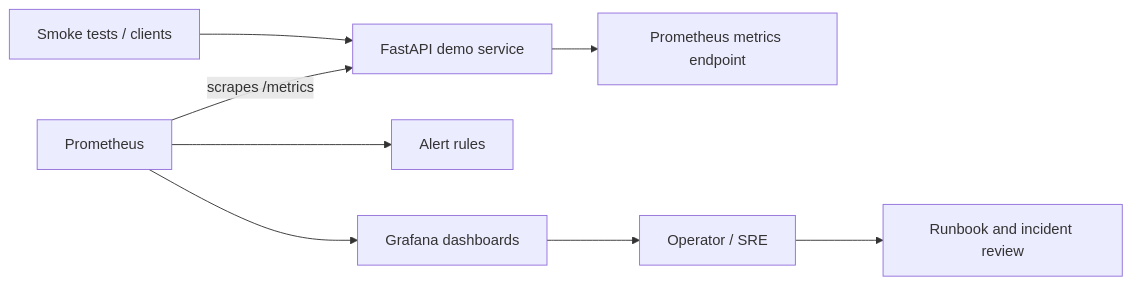
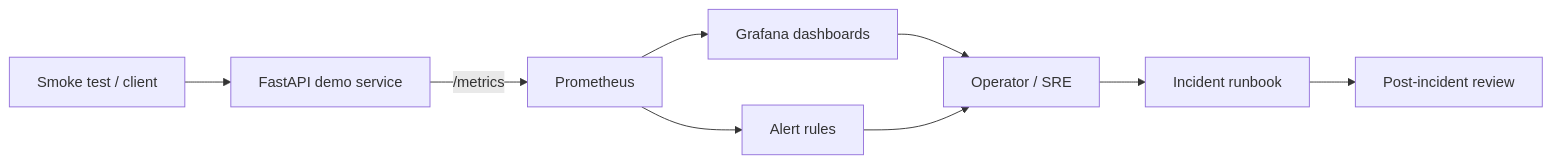
Before and after one commit to haqueamir70-coder/sre-observability-platform: the diagram in README.md, drawn with Mermaid. The commit also changed other lines of this file, not shown here.

````diff
--- a/README.md
+++ b/README.md
@@ -32,10 +27,11 @@
 ```mermaid
 flowchart LR
-    U[Smoke tests / clients] --> API[FastAPI demo service]
-    API --> M[Prometheus metrics endpoint]
-    P[Prometheus] -->|scrapes /metrics| API
-    P --> R[Alert rules]
-    P --> G[Grafana dashboards]
-    G --> O[Operator / SRE]
-    O --> D[Runbook and incident review]
+  User[Smoke test / client] --> API[FastAPI demo service]
+  API -->|/metrics| Prom[Prometheus]
+  Prom --> Rules[Alert rules]
+  Prom --> Grafana[Grafana dashboards]
+  Grafana --> SRE[Operator / SRE]
+  Rules --> SRE
+  SRE --> Runbook[Incident runbook]
+  Runbook --> Review[Post-incident review]
 ```
````
